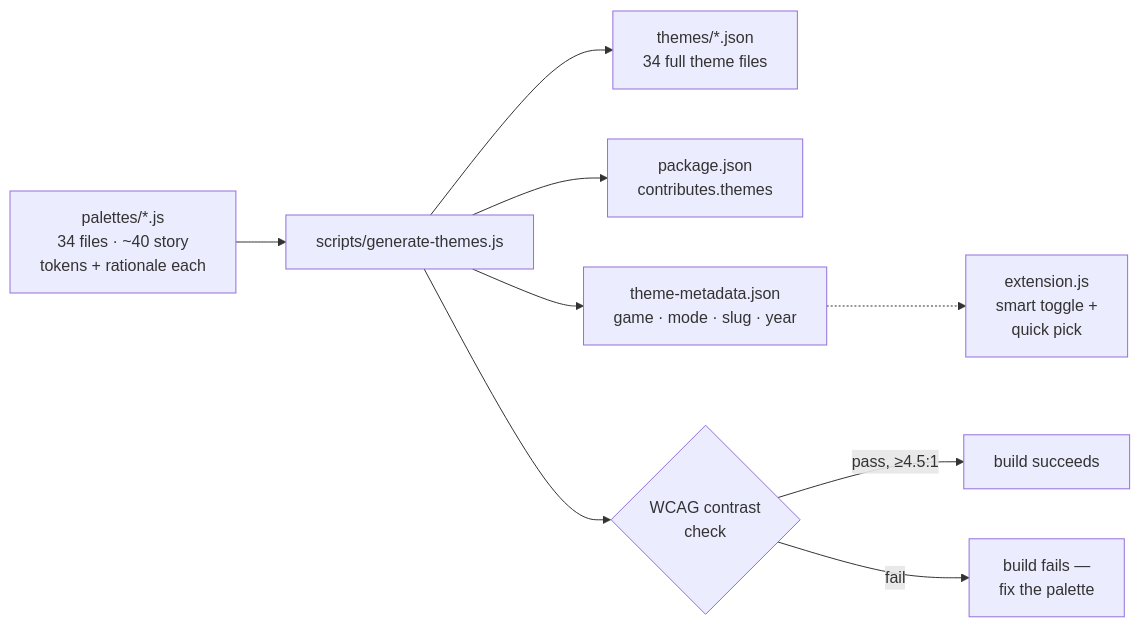
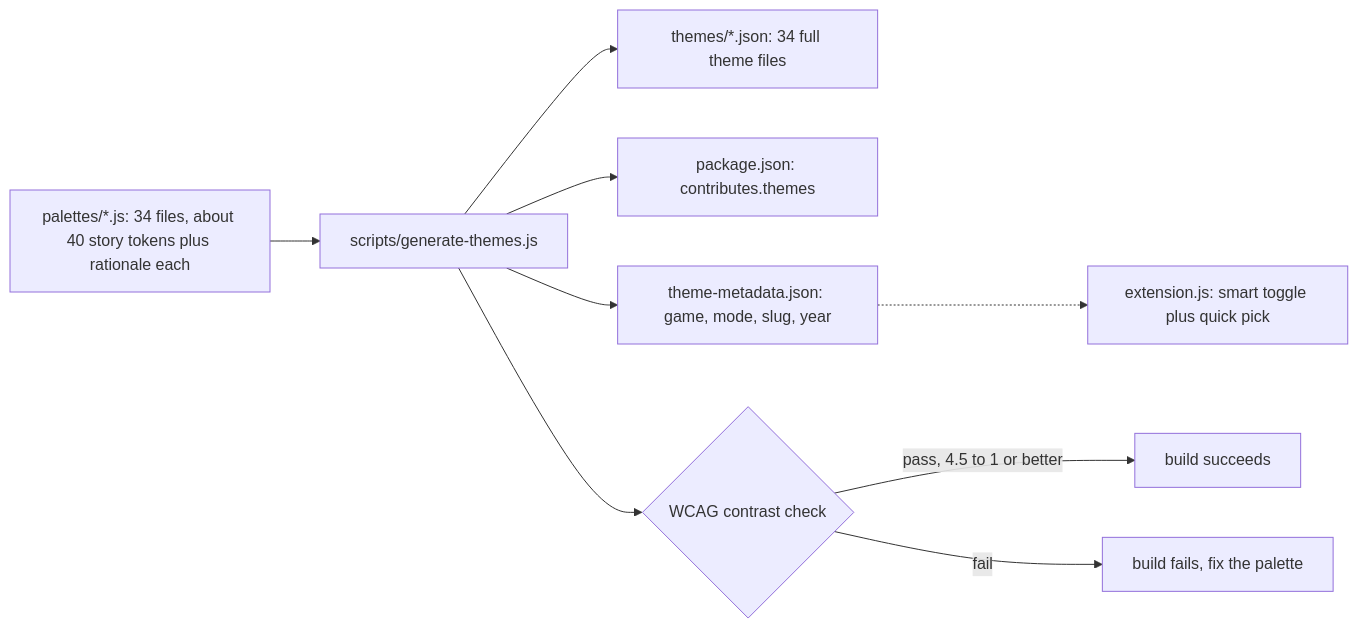
The second of 2 diagrams in README.md (IDEsOfMerge/hylian-palette), drawn with Mermaid before and after one commit.

Commit message:
Fix Mermaid parse error in the architecture flowchart
GitHub's pinned Mermaid version choked on "flowchart LR" combined with
Unicode characters in node labels (the error listed GRAPH as an
expected token right after the diagram-type keyword, pointing at the
newer flowchart/older graph keyword split). Switched to the classic
"graph LR" syntax and replaced Unicode (>=, middle dots, em-dash) with
plain ASCII in labels for maximum renderer compatibility.

````diff
--- a/README.md
+++ b/README.md
@@ -196,11 +196,11 @@
 ```mermaid
-flowchart LR
-    P["palettes/*.js<br/>34 files · ~40 story<br/>tokens + rationale each"] --> G["scripts/generate-themes.js"]
-    G --> T["themes/*.json<br/>34 full theme files"]
-    G --> K["package.json<br/>contributes.themes"]
-    G --> M["theme-metadata.json<br/>game · mode · slug · year"]
-    G --> C{"WCAG contrast<br/>check"}
-    C -->|"pass, ≥4.5:1"| OK["build succeeds"]
-    C -->|"fail"| X["build fails —<br/>fix the palette"]
-    M -.-> E["extension.js<br/>smart toggle +<br/>quick pick"]
+graph LR
+    P["palettes/*.js: 34 files, about 40 story tokens plus rationale each"] --> G["scripts/generate-themes.js"]
+    G --> T["themes/*.json: 34 full theme files"]
+    G --> K["package.json: contributes.themes"]
+    G --> M["theme-metadata.json: game, mode, slug, year"]
+    G --> C{"WCAG contrast check"}
+    C -->|"pass, 4.5 to 1 or better"| OK["build succeeds"]
+    C -->|"fail"| X["build fails, fix the palette"]
+    M -.-> E["extension.js: smart toggle plus quick pick"]
 ```
````
